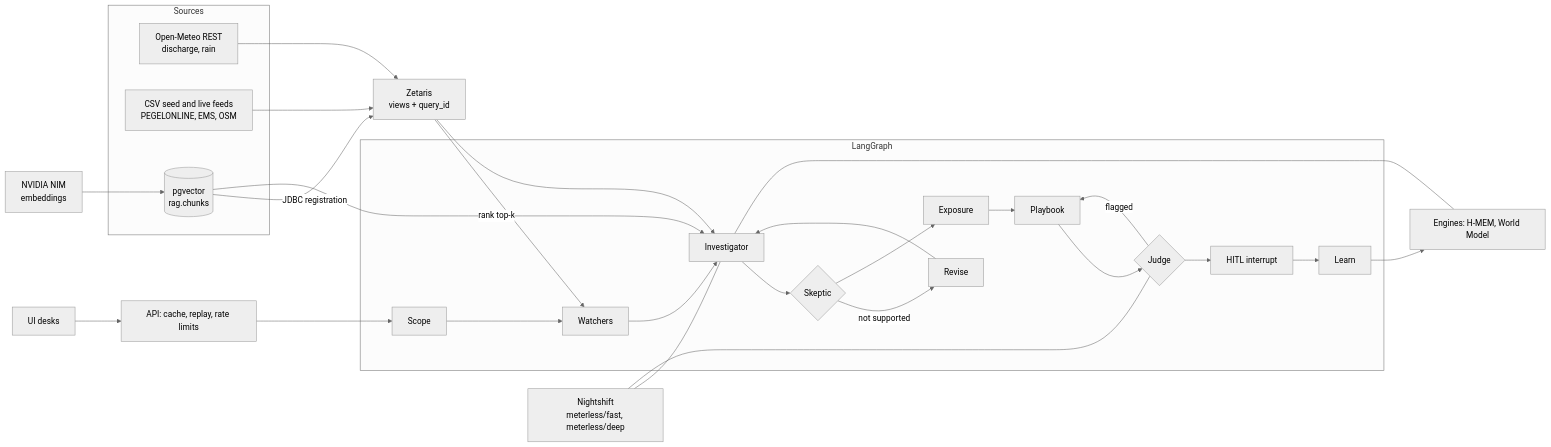
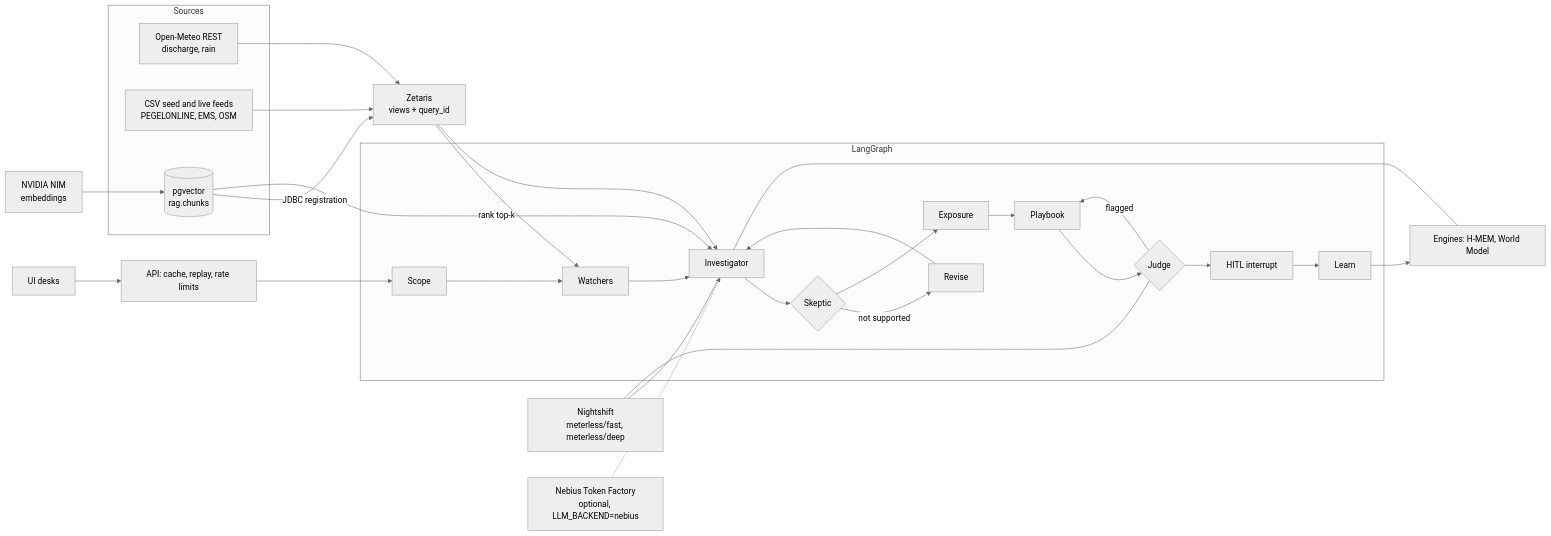
Before and after one commit to GenAI-Open-Agent-Hackathon/FloodSenseEU-Hackathon-Monorepo: the diagram in docs/architecture/technical-highlights.md, drawn with Mermaid (neutral theme). The commit also changed 9 other files, not shown here.

First line of the commit message:
feat: Nebius Token Factory LLM backend

````diff
--- a/docs/architecture/technical-highlights.md
+++ b/docs/architecture/technical-highlights.md
@@ -7,29 +7,30 @@
 ```mermaid
 flowchart LR
   subgraph Sources
     OM[Open-Meteo REST<br/>discharge, rain]
     CSV[CSV seed and live feeds<br/>PEGELONLINE, EMS, OSM]
     PG[(pgvector<br/>rag.chunks)]
   end
   OM --> Z[Zetaris<br/>views + query_id]
   CSV --> Z
   PG -- JDBC registration --> Z
   NIM[NVIDIA NIM<br/>embeddings] --> PG
   subgraph LangGraph
     S[Scope] --> W[Watchers] --> I[Investigator]
     I --> SK{Skeptic}
     SK -- not supported --> R[Revise] --> I
     SK --> E[Exposure] --> P[Playbook] --> J{Judge}
     J -- flagged --> P
     J --> H[HITL interrupt] --> L[Learn]
   end
   Z --> W
   Z --> I
   PG -- rank top-k --> I
   NS[Nightshift<br/>meterless/fast, meterless/deep] --- I
   NS --- J
+  NB[Nebius Token Factory<br/>optional, LLM_BACKEND=nebius] -.-> I
   ENG[Engines: H-MEM, World Model] --- I
   L --> ENG
   API[API: cache, replay, rate limits] --> S
   UI[UI desks] --> API
 ```
````
